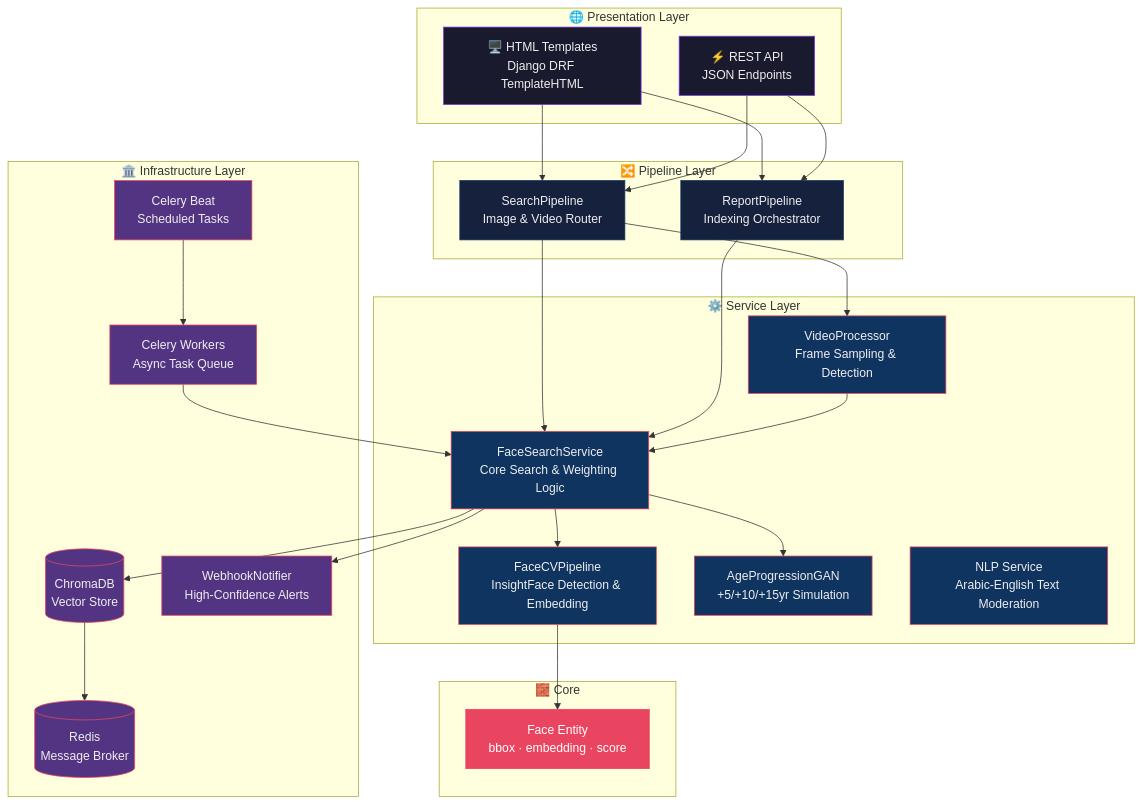
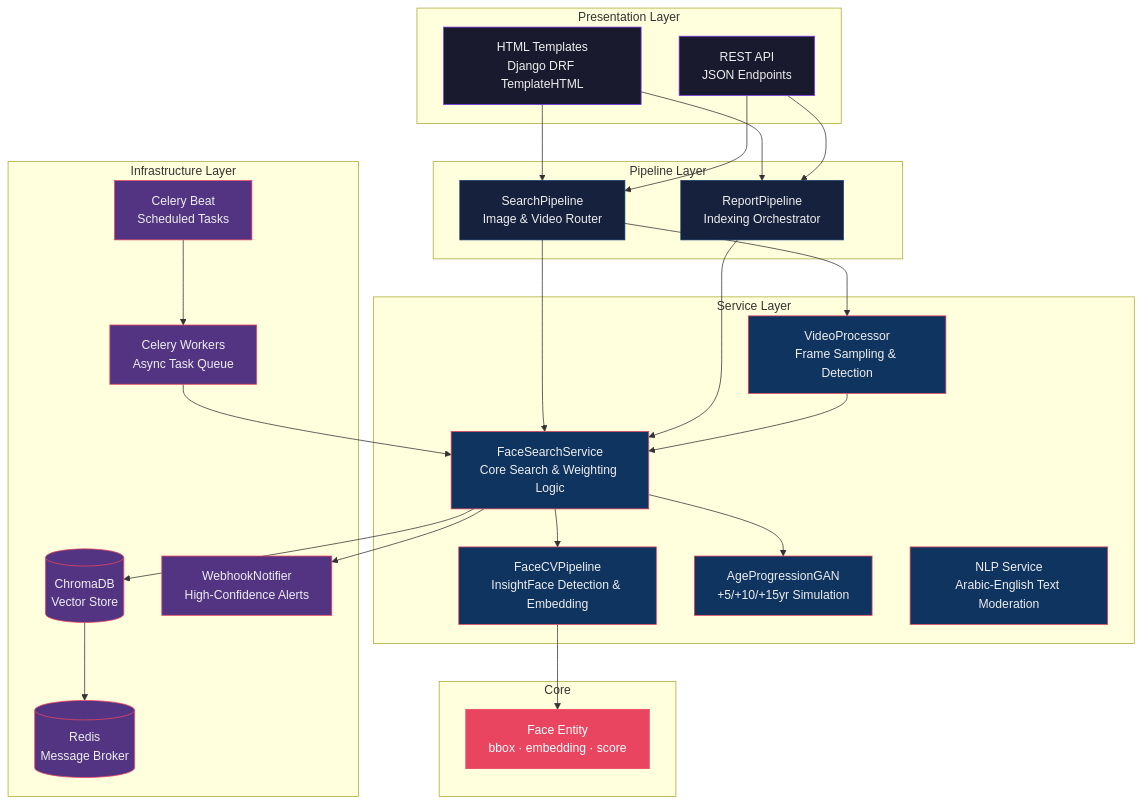
One commit to blackeagle686/mafqood-ai changed the first of 4 diagrams in README.md. Above: the diagram before and after it, drawn with Mermaid. The commit also changed other lines of this file, not shown here.

````diff
--- a/README.md
+++ b/README.md
@@ -60,68 +60,68 @@
 ```mermaid
 graph TB
-    subgraph "🌐 Presentation Layer"
-        UI[🖥️ HTML Templates<br/>Django DRF TemplateHTML]
-        API[⚡ REST API<br/>JSON Endpoints]
+    subgraph "Presentation Layer"
+        UI[HTML Templates<br/>Django DRF TemplateHTML]
+        API[REST API<br/>JSON Endpoints]
     end
 
-    subgraph "🔀 Pipeline Layer"
+    subgraph "Pipeline Layer"
         SP[SearchPipeline<br/>Image & Video Router]
         RP[ReportPipeline<br/>Indexing Orchestrator]
     end
 
-    subgraph "⚙️ Service Layer"
+    subgraph "Service Layer"
         CV[FaceCVPipeline<br/>InsightFace Detection & Embedding]
         FSS[FaceSearchService<br/>Core Search & Weighting Logic]
         AGE[AgeProgressionGAN<br/>+5/+10/+15yr Simulation]
         VID[VideoProcessor<br/>Frame Sampling & Detection]
         NLP[NLP Service<br/>Arabic-English Text Moderation]
     end
 
-    subgraph "🏛️ Infrastructure Layer"
+    subgraph "Infrastructure Layer"
         VDB[(ChromaDB<br/>Vector Store)]
         REDIS[(Redis<br/>Message Broker)]
         WHK[WebhookNotifier<br/>High-Confidence Alerts]
         CELERY[Celery Workers<br/>Async Task Queue]
         BEAT[Celery Beat<br/>Scheduled Tasks]
     end
 
-    subgraph "🧱 Core"
+    subgraph "Core"
         ENT[Face Entity<br/>bbox · embedding · score]
     end
 
     UI --> SP
     API --> SP
     UI --> RP
     API --> RP
 
     SP --> FSS
     SP --> VID
     RP --> FSS
 
     FSS --> CV
     FSS --> VDB
     FSS --> AGE
     FSS --> WHK
     VID --> FSS
 
     CV --> ENT
     VDB --> REDIS
     CELERY --> FSS
     BEAT --> CELERY
 
     style UI fill:#1a1a2e,color:#eee,stroke:#7c3aed
     style API fill:#1a1a2e,color:#eee,stroke:#7c3aed
     style SP fill:#16213e,color:#eee,stroke:#0f3460
     style RP fill:#16213e,color:#eee,stroke:#0f3460
     style CV fill:#0f3460,color:#eee,stroke:#e94560
     style FSS fill:#0f3460,color:#eee,stroke:#e94560
     style AGE fill:#0f3460,color:#eee,stroke:#e94560
     style VID fill:#0f3460,color:#eee,stroke:#e94560
     style NLP fill:#0f3460,color:#eee,stroke:#e94560
     style VDB fill:#533483,color:#eee,stroke:#e94560
     style REDIS fill:#533483,color:#eee,stroke:#e94560
     style WHK fill:#533483,color:#eee,stroke:#e94560
     style CELERY fill:#533483,color:#eee,stroke:#e94560
     style BEAT fill:#533483,color:#eee,stroke:#e94560
     style ENT fill:#e94560,color:#fff,stroke:#e94560
 ```
````
